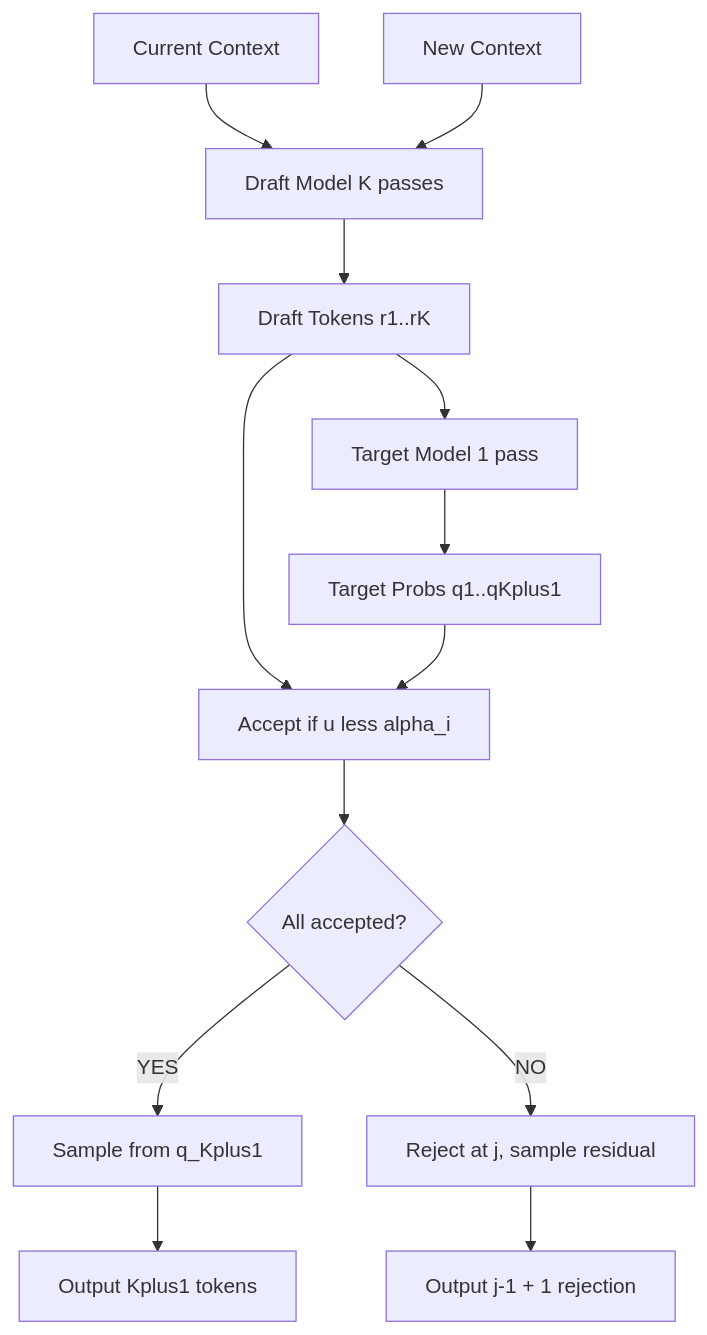
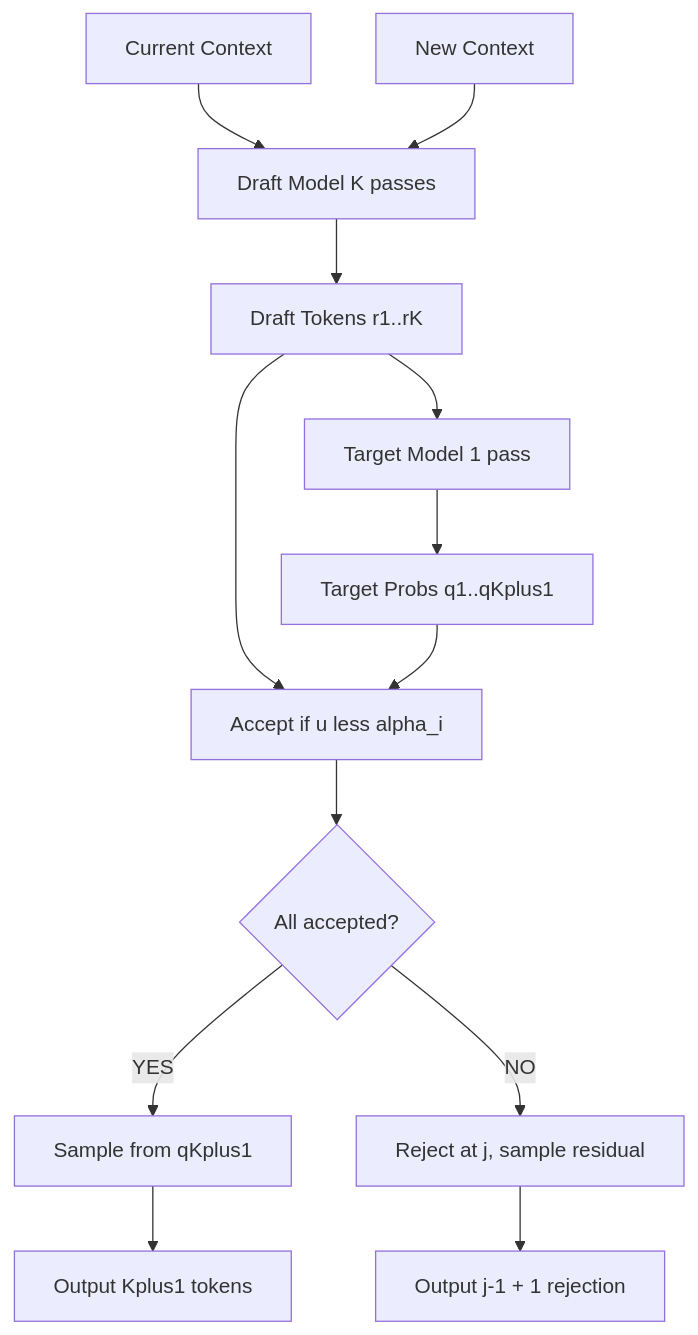
The first of 2 diagrams in tutorials/en/03-speculative-decoding.md (Playitcooool/advanced-ai-daily), drawn with Mermaid before and after one commit. The commit also changed 8 other files, not shown here.

First line of the commit message:
fix: replace problematic underscores in Mermaid diagram labels

````diff
--- a/tutorials/en/03-speculative-decoding.md
+++ b/tutorials/en/03-speculative-decoding.md
@@ -33,28 +33,28 @@
 ```mermaid
 flowchart TD
     Context --> DraftGen
     DraftGen --> DraftOut
     DraftOut --> Verification
     Verification --> TargetProbs
     DraftOut --> AcceptCheck
     TargetProbs --> AcceptCheck
     AcceptCheck --> AllAccepted
     AllAccepted -->|YES| Bonus
     AllAccepted -->|NO| Rejection
     Bonus --> Output
     Rejection --> OutputRej
     OutputContext --> DraftGen
 
     Context["Current Context"]
     DraftGen["Draft Model K passes"]
     DraftOut["Draft Tokens r1..rK"]
     Verification["Target Model 1 pass"]
     TargetProbs["Target Probs q1..qKplus1"]
     AcceptCheck["Accept if u less alpha_i"]
     AllAccepted{"All accepted?"}
-    Bonus["Sample from q_Kplus1"]
+    Bonus["Sample from qKplus1"]
     Rejection["Reject at j, sample residual"]
     Output["Output Kplus1 tokens"]
     OutputRej["Output j-1 + 1 rejection"]
     OutputContext["New Context"]
 ```
````
